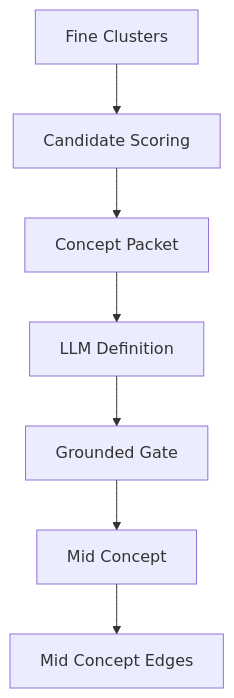
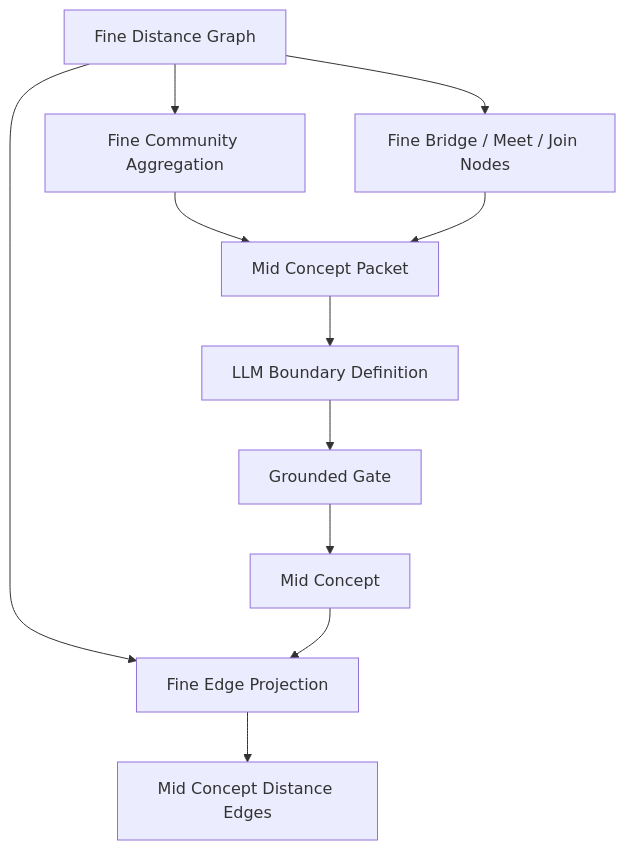
One commit to Sggggt/SymboGraph changed the eighth of 11 diagrams in docs/technical-spec.md. Above: the diagram before and after it, drawn with Mermaid. The commit also changed other lines of this file and 44 other files, not shown here.

Commit message:
v1.2.1 beta: fine cluster去掉了分词聚类方法，agent把加权分排序法改为分层图检索

````diff
--- a/docs/technical-spec.md
+++ b/docs/technical-spec.md
@@ -1068,9 +1232,13 @@
 ```mermaid
 flowchart TB
-    FC["Fine Clusters"] --> SCORE["Candidate Scoring"]
-    SCORE --> PACK["Concept Packet"]
-    PACK --> LLM["LLM Definition"]
+    FG["Fine Distance Graph"] --> COM["Fine Community Aggregation"]
+    FG --> BR["Fine Bridge / Meet / Join Nodes"]
+    COM --> PACK["Mid Concept Packet"]
+    BR --> PACK
+    PACK --> LLM["LLM Boundary Definition"]
     LLM --> GATE["Grounded Gate"]
     GATE --> MC["Mid Concept"]
-    MC --> ME["Mid Concept Edges"]
+    FG --> PROJ["Fine Edge Projection"]
+    MC --> PROJ
+    PROJ --> ME["Mid Concept Distance Edges"]
 ```
````
